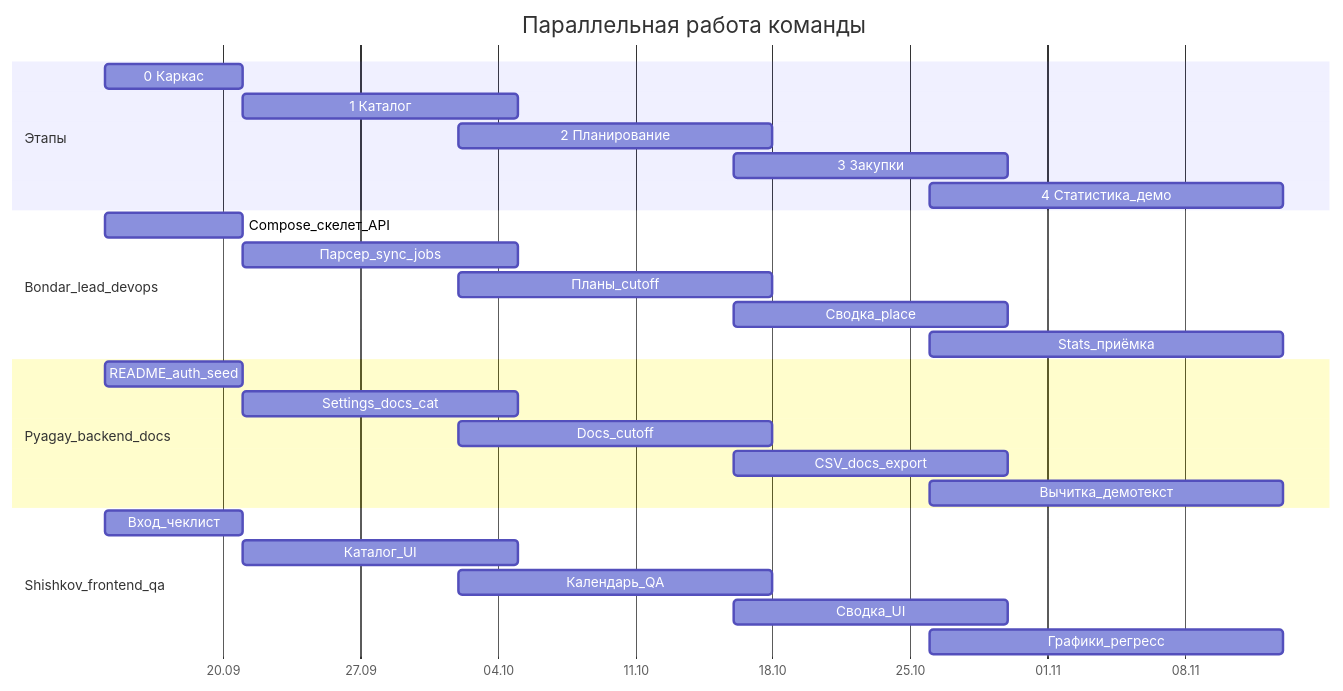
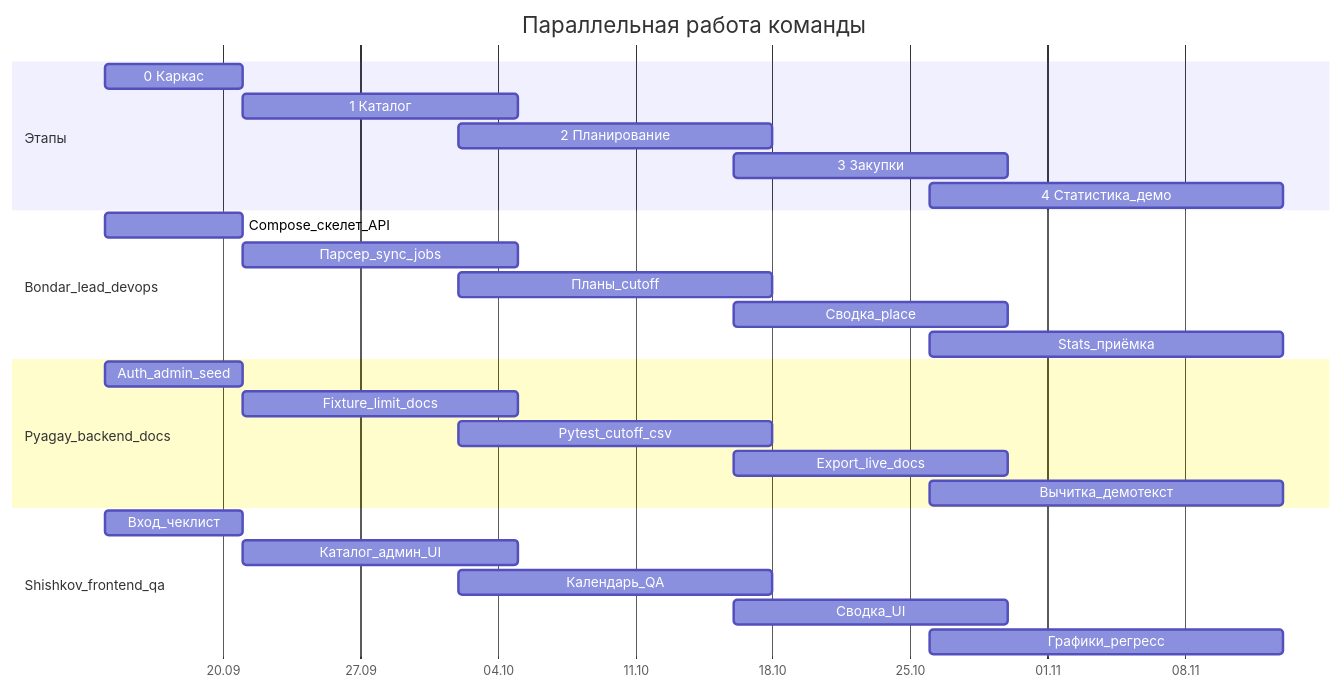
Before and after one commit to AndB0ndar/corplunch: the diagram in docs/sprints.md, drawn with Mermaid. The commit also changed other lines of this file and 8 other files, not shown here.

````diff
--- a/docs/sprints.md
+++ b/docs/sprints.md
@@ -5,35 +5,35 @@
 ```mermaid
 gantt
   title Параллельная работа команды
   dateFormat  YYYY-MM-DD
   axisFormat %d.%m
   todayMarker off
 
   section Этапы
   0 Каркас           :e0, 2026-09-14, 7d
   1 Каталог          :e1, 2026-09-21, 14d
   2 Планирование     :e2, 2026-10-02, 16d
   3 Закупки          :e3, 2026-10-16, 14d
   4 Статистика_демо  :e4, 2026-10-26, 18d
 
   section Bondar_lead_devops
   Compose_скелет_API :a0, 2026-09-14, 7d
   Парсер_sync_jobs   :a1, 2026-09-21, 14d
   Планы_cutoff       :a2, 2026-10-02, 16d
   Сводка_place       :a3, 2026-10-16, 14d
   Stats_приёмка      :a4, 2026-10-26, 18d
 
   section Pyagay_backend_docs
-  README_auth_seed   :b0, 2026-09-14, 7d
-  Settings_docs_cat  :b1, 2026-09-21, 14d
-  Docs_cutoff        :b2, 2026-10-02, 16d
-  CSV_docs_export    :b3, 2026-10-16, 14d
+  Auth_admin_seed    :b0, 2026-09-14, 7d
+  Fixture_limit_docs :b1, 2026-09-21, 14d
+  Pytest_cutoff_csv  :b2, 2026-10-02, 16d
+  Export_live_docs   :b3, 2026-10-16, 14d
   Вычитка_демотекст  :b4, 2026-10-26, 18d
 
   section Shishkov_frontend_qa
   Вход_чеклист       :c0, 2026-09-14, 7d
-  Каталог_UI         :c1, 2026-09-21, 14d
+  Каталог_админ_UI   :c1, 2026-09-21, 14d
   Календарь_QA       :c2, 2026-10-02, 16d
   Сводка_UI          :c3, 2026-10-16, 14d
   Графики_регресс    :c4, 2026-10-26, 18d
 ```
````
